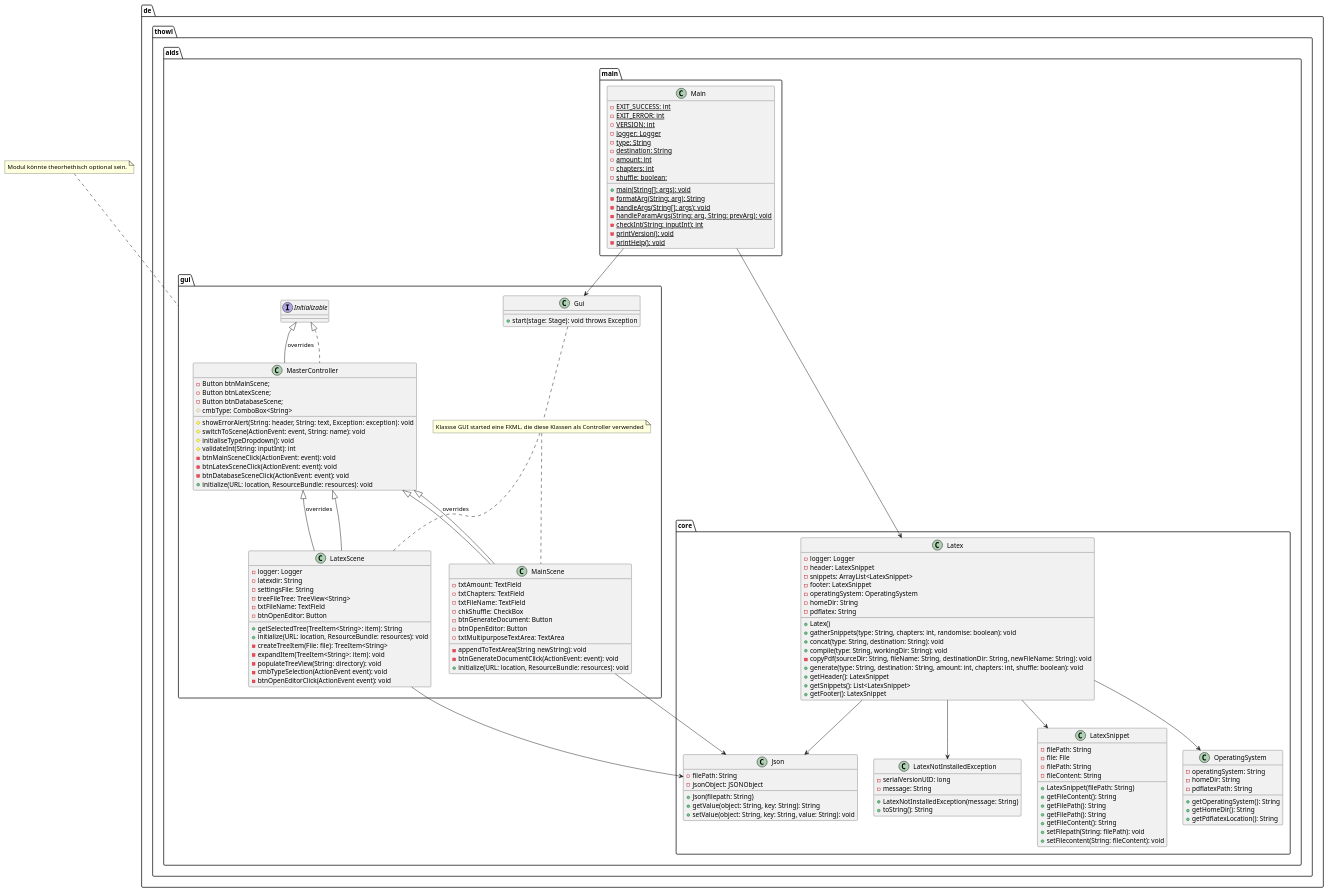
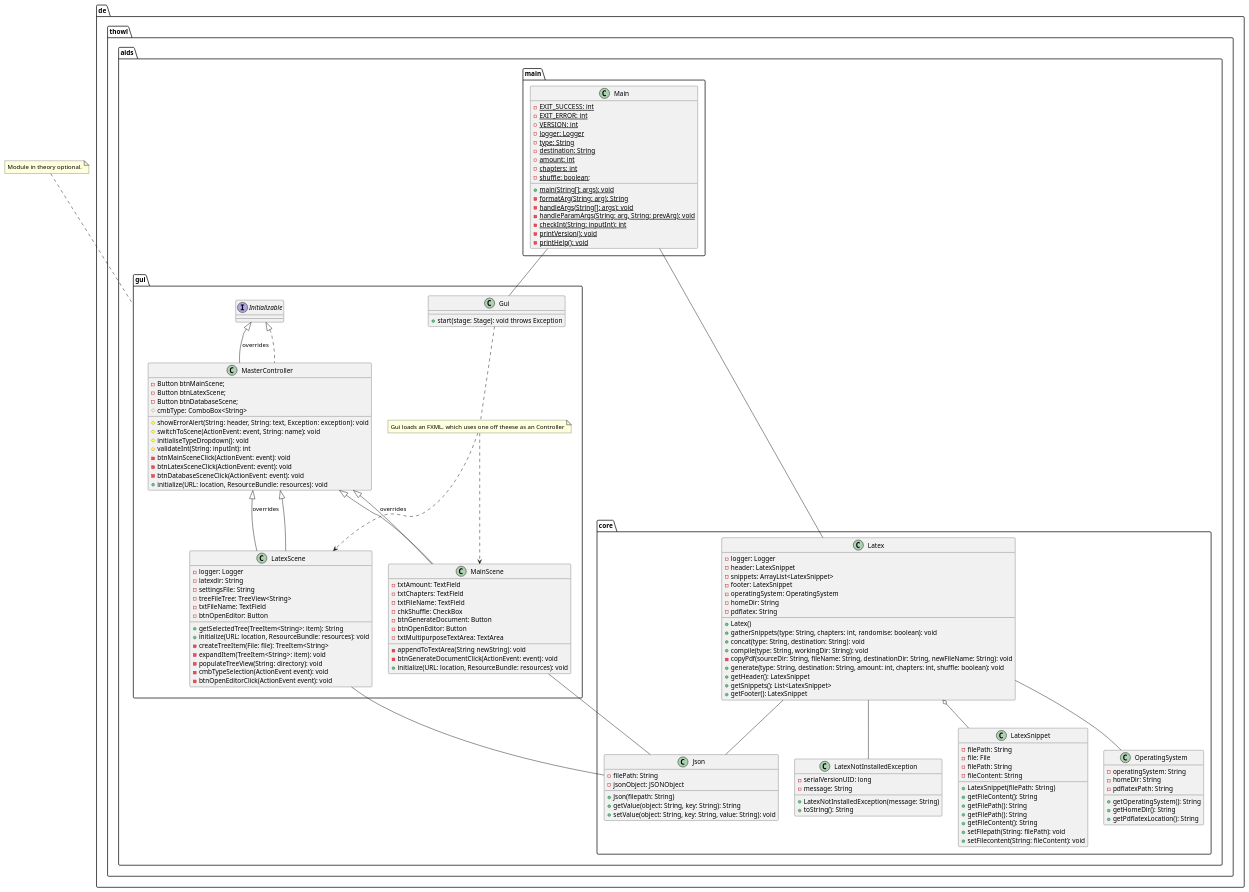
The diagram in docs/dev/technical_documentation/diagramm/aids.puml (j0giwa/autonomous-instant-documents), drawn with PlantUML before and after one commit. The commit also changed 1 other file, not shown here.

Commit message:
Updated uml

```diff
--- a/docs/dev/technical_documentation/diagramm/aids.puml
+++ b/docs/dev/technical_documentation/diagramm/aids.puml
@@ -1,155 +1,155 @@
 @startuml
 
-de.thowl.aids.main.Main --> de.thowl.aids.gui.Gui
-de.thowl.aids.main.Main --> de.thowl.aids.core.Latex
-de.thowl.aids.gui.MainScene --> de.thowl.aids.core.Json
-de.thowl.aids.gui.LatexScene --> de.thowl.aids.core.Json
+de.thowl.aids.main.Main -- de.thowl.aids.gui.Gui
+de.thowl.aids.main.Main -- de.thowl.aids.core.Latex
+de.thowl.aids.gui.MainScene -- de.thowl.aids.core.Json
+de.thowl.aids.gui.LatexScene -- de.thowl.aids.core.Json
 
 package de.thowl.aids.main {
     class Main {
         - {static} EXIT_SUCCESS: int
         - {static} EXIT_ERROR: int
         - {static} VERSION: int
         - {static} logger: Logger
         - {static} type: String
 	    - {static} destination: String
 	    - {static} amount: int
 	    - {static} chapters: int
 	    - {static} shuffle: boolean;
         + {static} main(String[]: args): void
         - {static} formatArg(String: arg): String
         - {static} handleArgs(String[]: args): void
         - {static} handleParamArgs(String: arg, String: prevArg): void
         - {static} checkInt(String: inputInt): int
         - {static} printVersion(): void
         - {static} printHelp(): void
     }
 }
 
 package de.thowl.aids.core {
     class Latex {
         - logger: Logger
         - header: LatexSnippet
         - snippets: ArrayList<LatexSnippet>
         - footer: LatexSnippet
         - operatingSystem: OperatingSystem
         - homeDir: String
         - pdflatex: String
         + Latex()
         + gatherSnippets(type: String, chapters: int, randomise: boolean): void
         + concat(type: String, destination: String): void
         + compile(type: String, workingDir: String): void
         - copyPdf(sourceDir: String, fileName: String, destinationDir: String, newFileName: String): void
         + generate(type: String, destination: String, amount: int, chapters: int, shuffle: boolean): void
         + getHeader(): LatexSnippet
         + getSnippets(): List<LatexSnippet>
         + getFooter(): LatexSnippet
     }
 
-    Latex --> LatexSnippet
-    Latex --> OperatingSystem
-    Latex --> Json
-    Latex --> LatexNotInstalledException
+    Latex o-- LatexSnippet 
+    Latex -- OperatingSystem
+    Latex -- Json
+    Latex -- LatexNotInstalledException
 
     class LatexSnippet {
         - filePath: String
         + LatexSnippet(filePath: String)
         + getFileContent(): String
         + getFilePath(): String
     }
 
     class OperatingSystem {
         - operatingSystem: String
 	    - homeDir: String
 	    - pdflatexPath: String
         + getOperatingSystem(): String
         + getHomeDir(): String
         + getPdflatexLocation(): String
     }
 
     class Json {
         - filePath: String
         - jsonObject: JSONObject
         + Json(filepath: String)
         + getValue(object: String, key: String): String
         + setValue(object: String, key: String, value: String): void
     }
 
     class LatexNotInstalledException {
         - serialVersionUID: long
         - message: String
         + LatexNotInstalledException(message: String)
         + toString(): String
     }
 
     class LatexSnippet {
         - file: File
 	    - filePath: String
 	    - fileContent: String
         + getFilePath(): String
         + getFileContent(): String
         + setFilepath(String: filePath): void
         + setFilecontent(String: fileContent): void
     }
 }
 
-note top of de.thowl.aids.gui : Modul könnte theorhethisch optional sein.
+note top of de.thowl.aids.gui : Module in theory optional.
 package de.thowl.aids.gui{
     class Gui {
         + start(stage: Stage): void throws Exception
     }
 
-    note "Klassse GUI started eine FXML, die diese Klassen als Controller verwended" as N1
+    note "Gui loads an FXML, which uses one off theese as an Controller" as N1
     Gui .. N1
-    N1 .. MainScene
-    N1 .. LatexScene
+    N1 ..> MainScene
+    N1 ..> LatexScene
 
     class MasterController implements Initializable{
         - Button btnMainScene;
 	    - Button btnLatexScene;
 	    - Button btnDatabaseScene;
         # cmbType: ComboBox<String>
         # showErrorAlert(String: header, String: text, Exception: exception): void
         # switchToScene(ActionEvent: event, String: name): void
         # initialiseTypeDropdown(): void
         # validateInt(String: inputInt): int
         - btnMainSceneClick(ActionEvent: event): void
         - btnLatexSceneClick(ActionEvent: event): void
         - btnDatabaseSceneClick(ActionEvent: event): void
         + initialize(URL: location, ResourceBundle: resources): void
     }
 
     class MainScene extends MasterController {
         - txtAmount: TextField
 	    - txtChapters: TextField
 	    - txtFileName: TextField
 	    - chkShuffle: CheckBox
 	    - btnGenerateDocument: Button
 	    - btnOpenEditor: Button
         - txtMultipurposeTextArea: TextArea
         - appendToTextArea(String newString): void
         - btnGenerateDocumentClick(ActionEvent: event): void
         + initialize(URL: location, ResourceBundle: resources): void
     }
 
     class LatexScene extends MasterController {
         - logger: Logger
         - latexdir: String
 	    - settingsFile: String
         - treeFileTree: TreeView<String>
         - txtFileName: TextField
         - btnOpenEditor: Button
         + getSelectedTree(TreeItem<String>: item): String
         + initialize(URL: location, ResourceBundle: resources): void
         - createTreeItem(File: file): TreeItem<String>
         - expandItem(TreeItem<String>: item): void
         - populateTreeView(String: directory): void
         - cmbTypeSelection(ActionEvent event): void
         - btnOpenEditorClick(ActionEvent event): void 
     }
 
     Initializable <|-- MasterController : overrides
     MasterController <|-- MainScene : overrides
     MasterController <|-- LatexScene : overrides
 }
 @enduml
```
